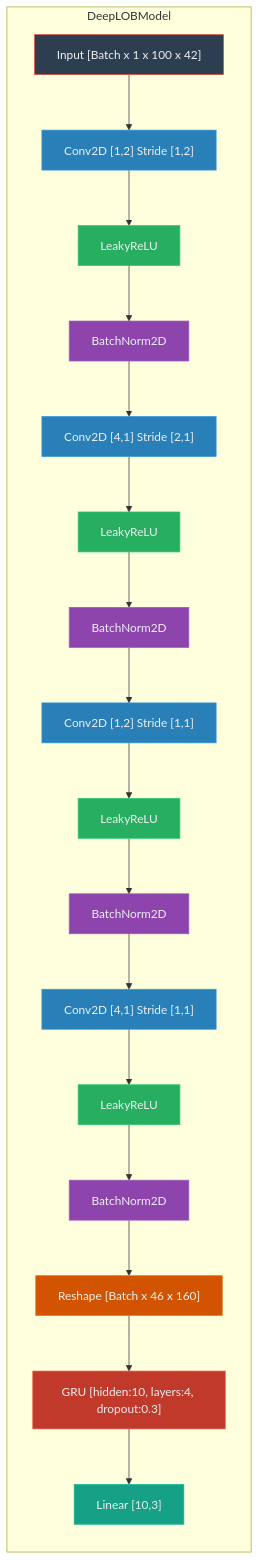
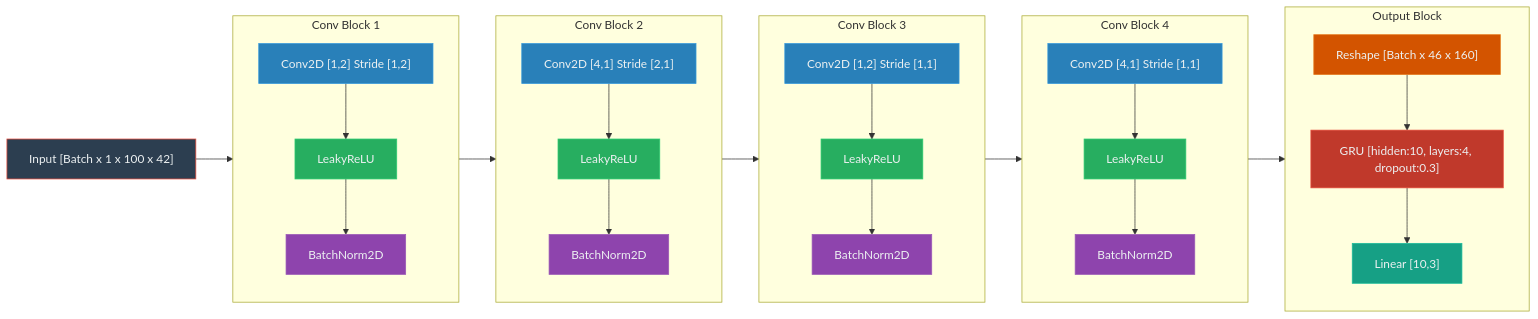
Before and after one commit to Reidmen/crypto_hitchhiker: the diagram in README.md, drawn with Mermaid.

Commit message:
reorganizing the mermaid for better visuals

````diff
--- a/README.md
+++ b/README.md
@@ -71,28 +71,58 @@
 ```mermaid
 graph LR
-    subgraph DeepLOBModel
-        A["Input [Batch x 1 x 100 x 42]"]:::input --> B["Conv2D [1,2] Stride [1,2]"]:::conv
-        B --> C["LeakyReLU"]:::activation
-        C --> D["BatchNorm2D"]:::batchnorm
-        D --> E["Conv2D [4,1] Stride [2,1]"]:::conv
-        E --> F["LeakyReLU"]:::activation
-        F --> G["BatchNorm2D"]:::batchnorm
-        G --> H["Conv2D [1,2] Stride [1,1]"]:::conv
-        H --> I["LeakyReLU"]:::activation
-        I --> J["BatchNorm2D"]:::batchnorm
-        J --> K["Conv2D [4,1] Stride [1,1]"]:::conv
-        K --> L["LeakyReLU"]:::activation
-        L --> M["BatchNorm2D"]:::batchnorm
-        M --> N["Reshape [Batch x 46 x 160]"]:::reshape
-        N --> O["GRU [hidden:10, layers:4, dropout:0.3]"]:::gru
-        O --> P["Linear [10,3]"]:::linear
+    Input["Input [Batch x 1 x 100 x 42]"]:::input
+
+    subgraph Block1["Conv Block 1"]
+        direction TB
+        B["Conv2D [1,2] Stride [1,2]"]:::conv
+        C["LeakyReLU"]:::activation
+        D["BatchNorm2D"]:::batchnorm
+        B --> C --> D
     end
+
+    subgraph Block2["Conv Block 2"]
+        direction TB
+        E["Conv2D [4,1] Stride [2,1]"]:::conv
+        F["LeakyReLU"]:::activation
+        G["BatchNorm2D"]:::batchnorm
+        E --> F --> G
+    end
+
+    subgraph Block3["Conv Block 3"]
+        direction TB
+        H["Conv2D [1,2] Stride [1,1]"]:::conv
+        I["LeakyReLU"]:::activation
+        J["BatchNorm2D"]:::batchnorm
+        H --> I --> J
+    end
+
+    subgraph Block4["Conv Block 4"]
+        direction TB
+        K["Conv2D [4,1] Stride [1,1]"]:::conv
+        L["LeakyReLU"]:::activation
+        M["BatchNorm2D"]:::batchnorm
+        K --> L --> M
+    end
+
+    subgraph OutputBlock["Output Block"]
+        direction TB
+        N["Reshape [Batch x 46 x 160]"]:::reshape
+        O["GRU [hidden:10, layers:4, dropout:0.3]"]:::gru
+        P["Linear [10,3]"]:::linear
+        N --> O --> P
+    end
+
+    Input --> Block1
+    Block1 --> Block2
+    Block2 --> Block3
+    Block3 --> Block4
+    Block4 --> OutputBlock
 
     classDef input fill:#2C3E50,stroke:#E74C3C,color:#ECF0F1
     classDef conv fill:#2980B9,stroke:#3498DB,color:#ECF0F1
     classDef activation fill:#27AE60,stroke:#2ECC71,color:#ECF0F1
     classDef batchnorm fill:#8E44AD,stroke:#9B59B6,color:#ECF0F1
     classDef reshape fill:#D35400,stroke:#E67E22,color:#ECF0F1
     classDef gru fill:#C0392B,stroke:#E74C3C,color:#ECF0F1
     classDef linear fill:#16A085,stroke:#1ABC9C,color:#ECF0F1
 ```
````
